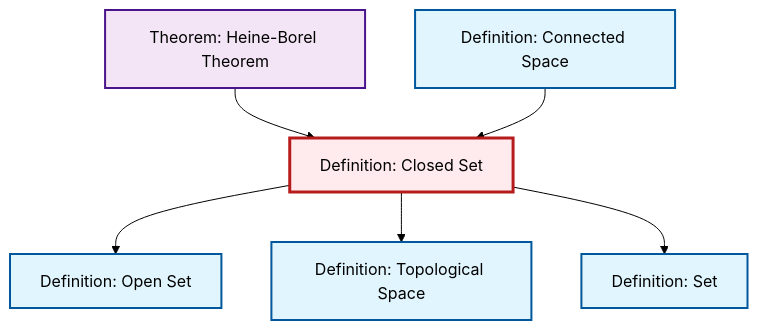
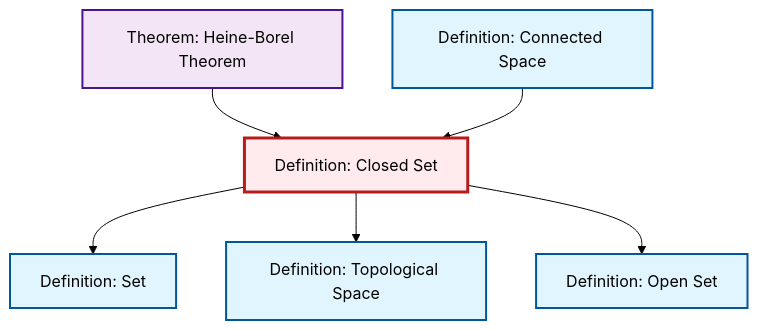
The diagram in content/ja/topology/def-closed-set.qmd (RK0429/ModernMath), drawn with Mermaid (forest theme) before and after one commit. The commit also changed other lines of this file and 554 other files, not shown here.

````diff
--- a/content/ja/topology/def-closed-set.qmd
+++ b/content/ja/topology/def-closed-set.qmd
@@ -45,26 +45,26 @@
 ```{mermaid}
 %%| fig-cap: "Local dependency graph"
 graph TD
     classDef definition fill:#e1f5fe,stroke:#01579b,stroke-width:2px
     classDef theorem fill:#f3e5f5,stroke:#4a148c,stroke-width:2px
     classDef axiom fill:#fff3e0,stroke:#e65100,stroke-width:2px
     classDef example fill:#e8f5e9,stroke:#1b5e20,stroke-width:2px
     classDef current fill:#ffebee,stroke:#b71c1c,stroke-width:3px
+    thm-heine-borel["Theorem: Heine-Borel Theorem"]:::theorem
+    def-connected["Definition: Connected Space"]:::definition
+    def-open-set["Definition: Open Set"]:::definition
+    def-closed-set["Definition: Closed Set"]:::definition
+    def-topological-space["Definition: Topological Space"]:::definition
     def-set["Definition: Set"]:::definition
-    def-topological-space["Definition: Topological Space"]:::definition
-    def-closed-set["Definition: Closed Set"]:::definition
-    def-open-set["Definition: Open Set"]:::definition
-    def-connected["Definition: Connected Space"]:::definition
-    thm-heine-borel["Theorem: Heine-Borel Theorem"]:::theorem
+    thm-heine-borel --> def-closed-set
+    def-closed-set --> def-set
+    def-connected --> def-closed-set
+    def-closed-set --> def-topological-space
     def-closed-set --> def-open-set
-    def-closed-set --> def-topological-space
-    thm-heine-borel --> def-closed-set
-    def-connected --> def-closed-set
-    def-closed-set --> def-set
     class def-closed-set current
+    click thm-heine-borel "thm-heine-borel.html" "Theorem: Heine-Borel Theoremへ"
+    click def-connected "def-connected.html" "Definition: Connected Spaceへ"
+    click def-open-set "def-open-set.html" "Definition: Open Setへ"
+    click def-topological-space "def-topological-space.html" "Definition: Topological Spaceへ"
     click def-set "def-set.html" "Definition: Setへ"
-    click def-topological-space "def-topological-space.html" "Definition: Topological Spaceへ"
-    click def-open-set "def-open-set.html" "Definition: Open Setへ"
-    click def-connected "def-connected.html" "Definition: Connected Spaceへ"
-    click thm-heine-borel "thm-heine-borel.html" "Theorem: Heine-Borel Theoremへ"
 ```
````
